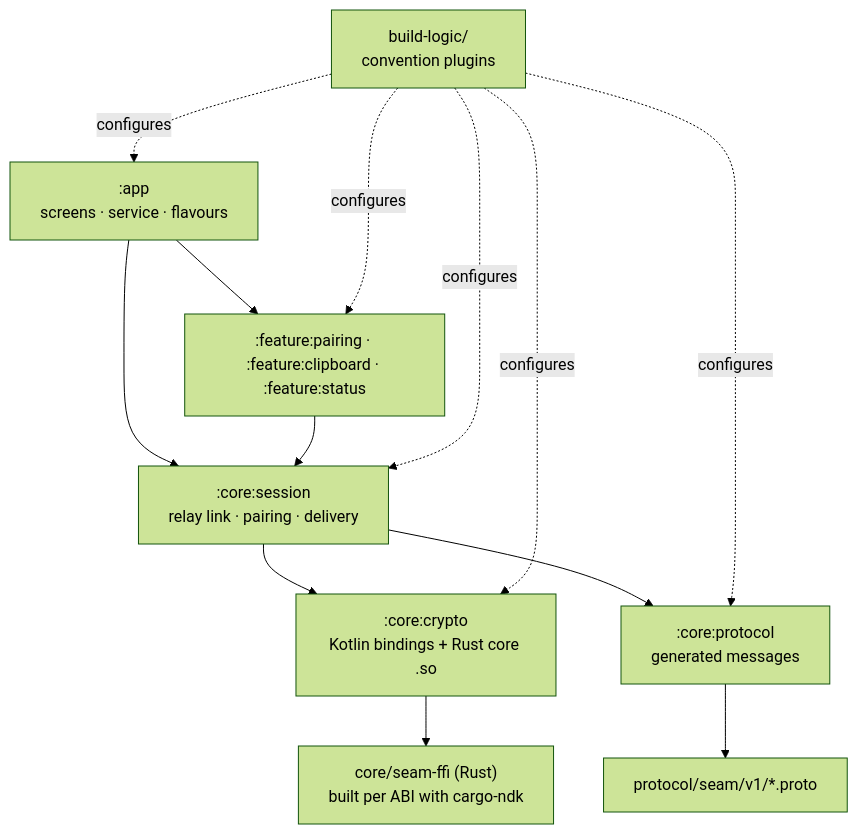
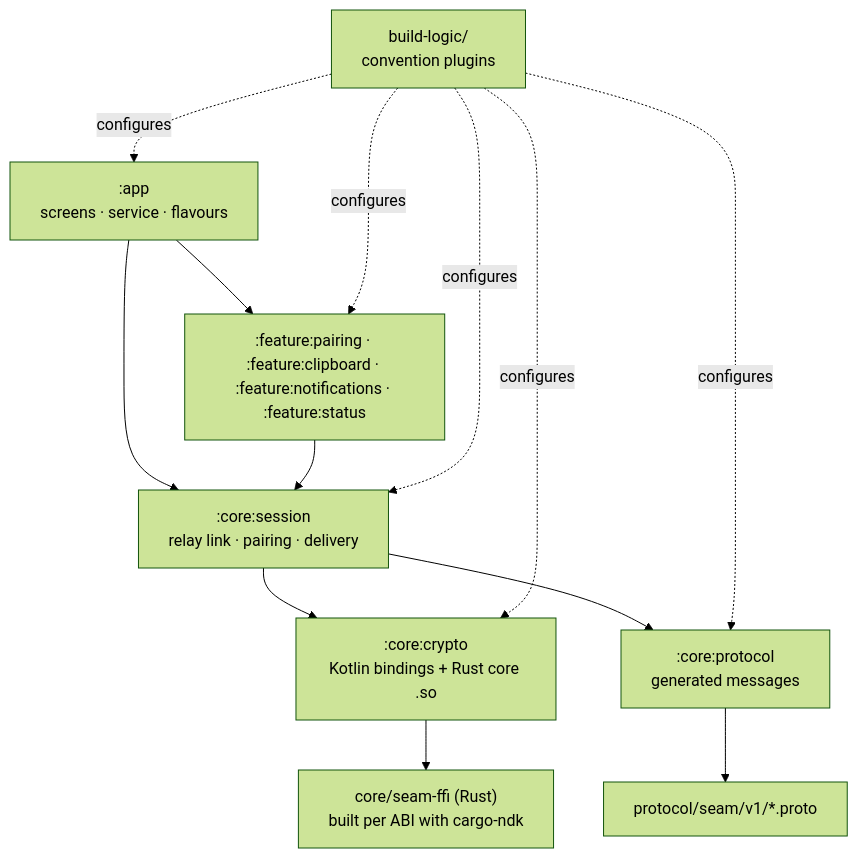
One commit to aveterosystems/seam changed the diagram in apps/android/README.md. Above: the diagram before and after it, drawn with Mermaid (forest theme). The commit also changed other lines of this file and 2 other files, not shown here.

Commit message:
Docs for 0.2.0: app READMEs, protocol table, Seam Debug

````diff
--- a/apps/android/README.md
+++ b/apps/android/README.md
@@ -13,11 +13,11 @@
 ```mermaid
 flowchart TB
-    app[":app<br/>screens · service · flavours"] --> features[":feature:pairing · :feature:clipboard · :feature:status"]
+    app[":app<br/>screens · service · flavours"] --> features[":feature:pairing · :feature:clipboard · :feature:notifications · :feature:status"]
     app --> session
     features --> session[":core:session<br/>relay link · pairing · delivery"]
     session --> crypto[":core:crypto<br/>Kotlin bindings + Rust core .so"]
     session --> protocol[":core:protocol<br/>generated messages"]
     crypto --> rust["core/seam-ffi (Rust)<br/>built per ABI with cargo-ndk"]
     protocol --> proto["protocol/seam/v1/*.proto"]
     logic["build-logic/<br/>convention plugins"] -. "configures" .-> app & features & session & crypto & protocol
 ```
````
